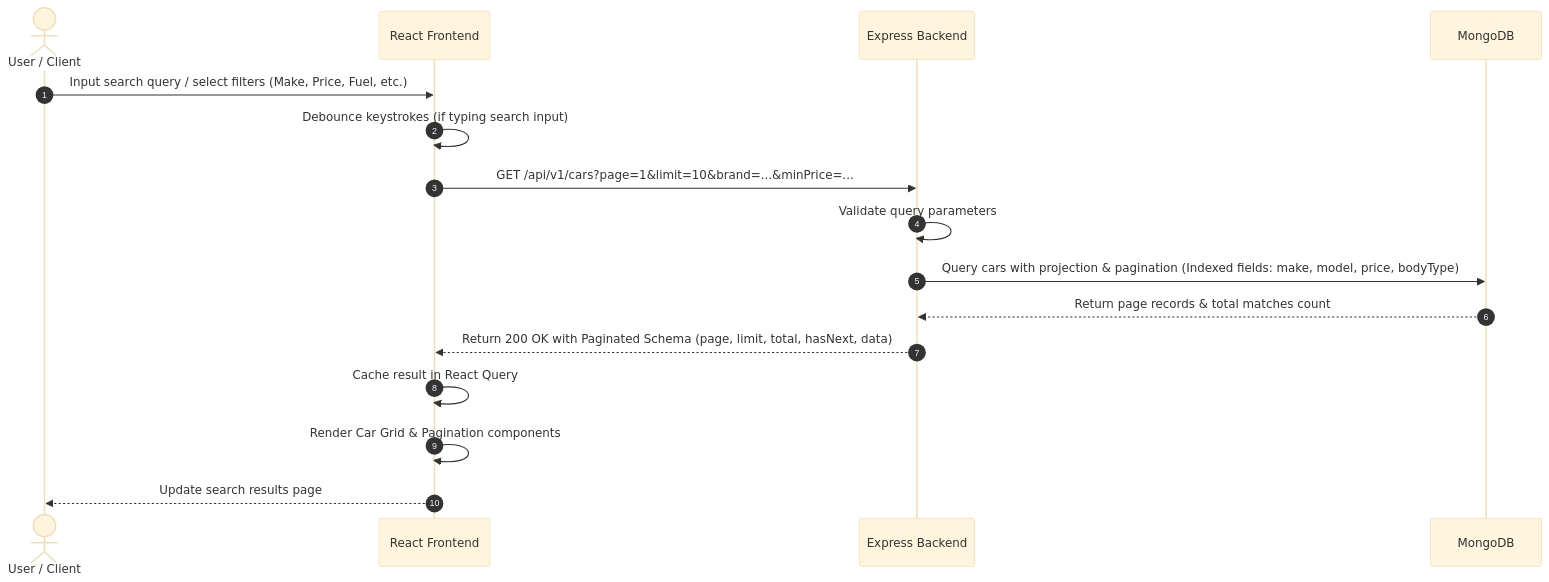
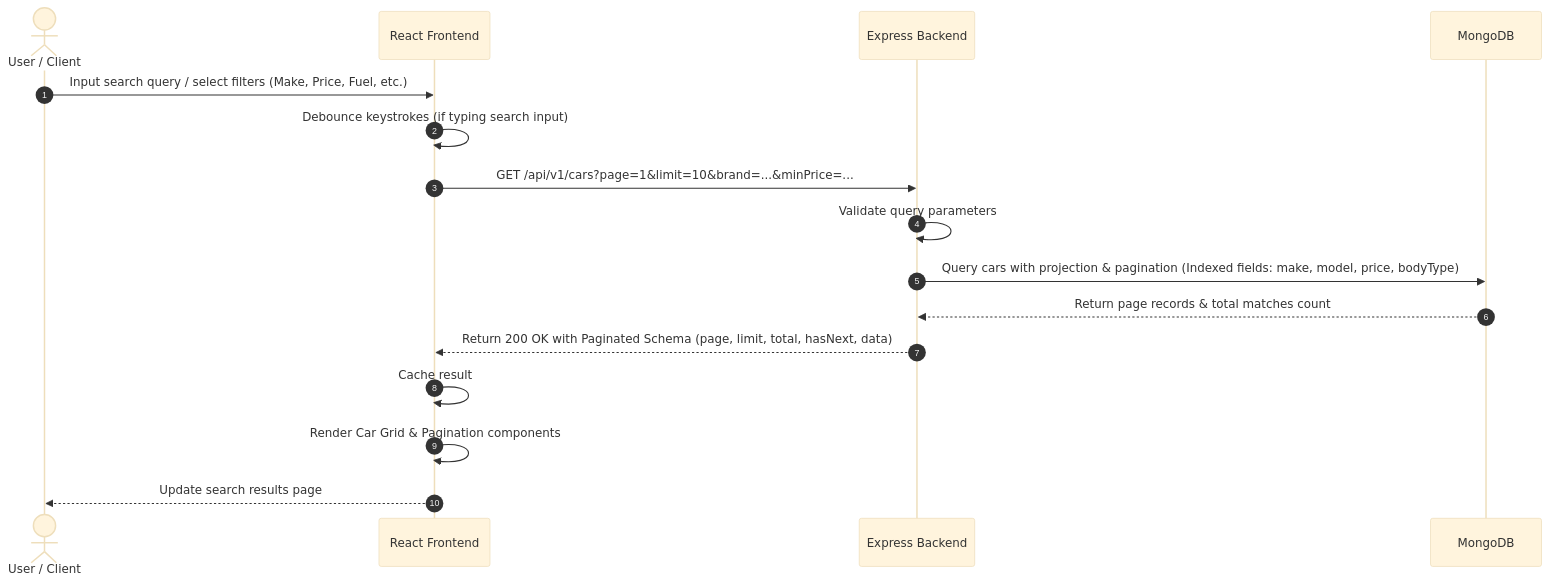
Before and after one commit to ShankarSwarup/cardekho_assignment: the fifth of 10 diagrams in README.md, drawn with Mermaid (base theme). The commit also changed other lines of this file and 63 other files, not shown here.

````diff
--- a/README.md
+++ b/README.md
@@ -184,19 +192,19 @@
 ```mermaid
 sequenceDiagram
     autonumber
     actor User as User / Client
     participant FE as React Frontend
     participant BE as Express Backend
     participant DB as MongoDB
     
     User->>FE: Input search query / select filters (Make, Price, Fuel, etc.)
     FE->>FE: Debounce keystrokes (if typing search input)
     FE->>BE: GET /api/v1/cars?page=1&limit=10&brand=...&minPrice=...
     BE->>BE: Validate query parameters
     BE->>DB: Query cars with projection & pagination (Indexed fields: make, model, price, bodyType)
     DB-->>BE: Return page records & total matches count
     BE-->>FE: Return 200 OK with Paginated Schema (page, limit, total, hasNext, data)
-    FE->>FE: Cache result in React Query
+    FE->>FE: Cache result
     FE->>FE: Render Car Grid & Pagination components
     FE-->>User: Update search results page
 ```
````
